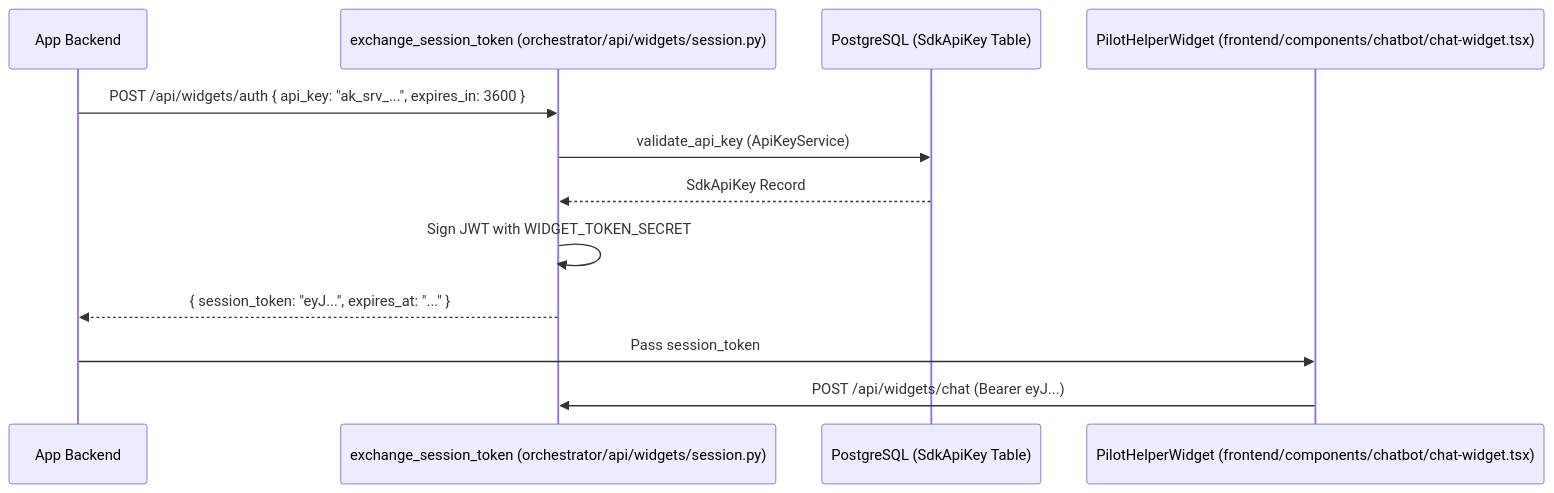
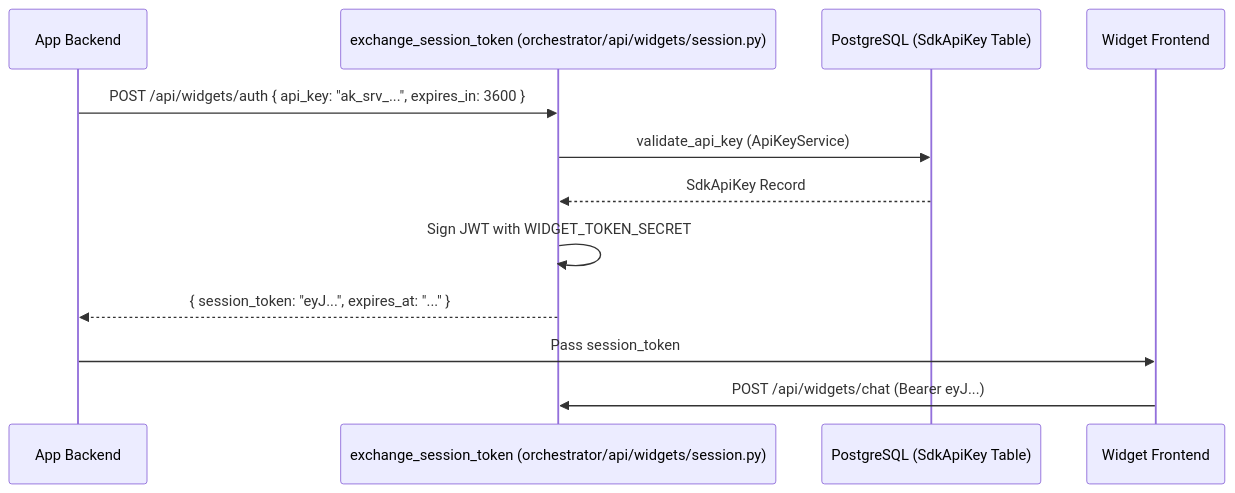
Before and after one commit to AutomatosAI/automatos-ai: the second of 2 diagrams in docs/chat-interface/widget-system.md, drawn with Mermaid. The commit also changed other lines of this file and 153 other files, not shown here.

````diff
--- a/docs/chat-interface/widget-system.md
+++ b/docs/chat-interface/widget-system.md
@@ -138,15 +147,15 @@
 ```mermaid
 sequenceDiagram
     participant AppServer as App Backend
     participant API as exchange_session_token (orchestrator/api/widgets/session.py)
     participant DB as PostgreSQL (SdkApiKey Table)
-    participant Browser as PilotHelperWidget (frontend/components/chatbot/chat-widget.tsx)
+    participant Browser as Widget Frontend
 
     AppServer->>API: POST /api/widgets/auth { api_key: "ak_srv_...", expires_in: 3600 }
     API->>DB: validate_api_key (ApiKeyService)
     DB-->>API: SdkApiKey Record
     API->>API: Sign JWT with WIDGET_TOKEN_SECRET
     API-->>AppServer: { session_token: "eyJ...", expires_at: "..." }
     AppServer->>Browser: Pass session_token
     Browser->>API: POST /api/widgets/chat (Bearer eyJ...)
 ```
````
